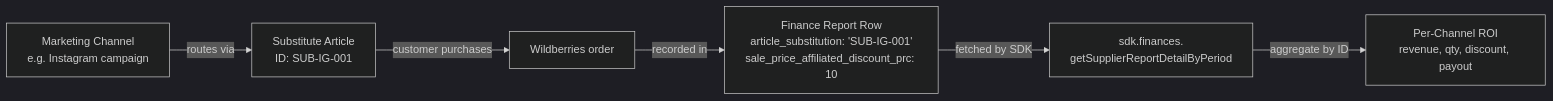
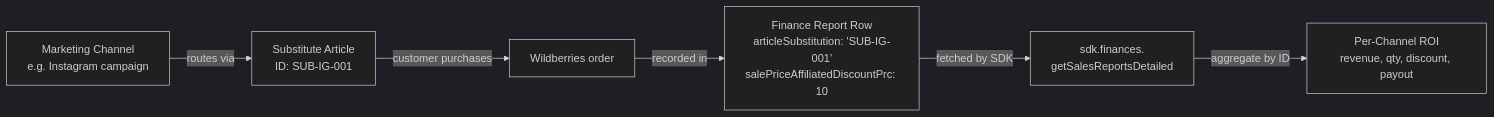
Before and after one commit to salacoste/daytona-wildberries-typescript-sdk: the diagram in docs/guides/tracking-promotion-channels-with-substitute-articles.md, drawn with Mermaid (dark theme). The commit also changed other lines of this file and 14 other files, not shown here.

````diff
--- a/docs/guides/tracking-promotion-channels-with-substitute-articles.md
+++ b/docs/guides/tracking-promotion-channels-with-substitute-articles.md
@@ -47,8 +47,8 @@
 ```mermaid
 flowchart LR
     A[Marketing Channel<br/>e.g. Instagram campaign] -->|routes via| B[Substitute Article<br/>ID: SUB-IG-001]
     B -->|customer purchases| C[Wildberries order]
-    C -->|recorded in| D[Finance Report Row<br/>article_substitution: 'SUB-IG-001'<br/>sale_price_affiliated_discount_prc: 10]
-    D -->|fetched by SDK| E[sdk.finances.<br/>getSupplierReportDetailByPeriod]
+    C -->|recorded in| D[Finance Report Row<br/>articleSubstitution: 'SUB-IG-001'<br/>salePriceAffiliatedDiscountPrc: 10]
+    D -->|fetched by SDK| E[sdk.finances.<br/>getSalesReportsDetailed]
     E -->|aggregate by ID| F[Per-Channel ROI<br/>revenue, qty, discount, payout]
 ```
````
